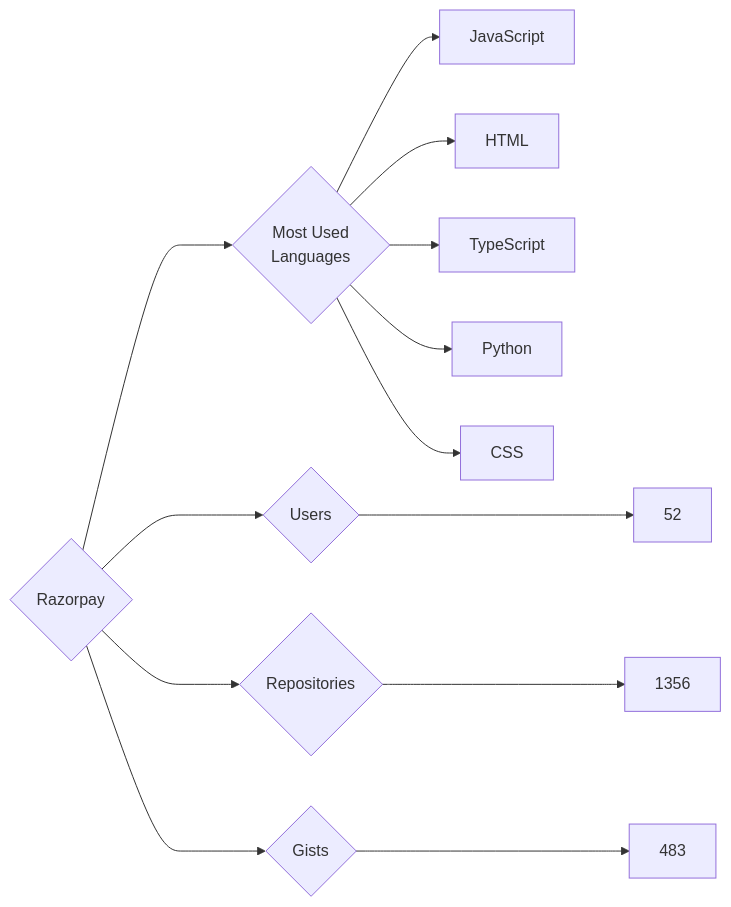
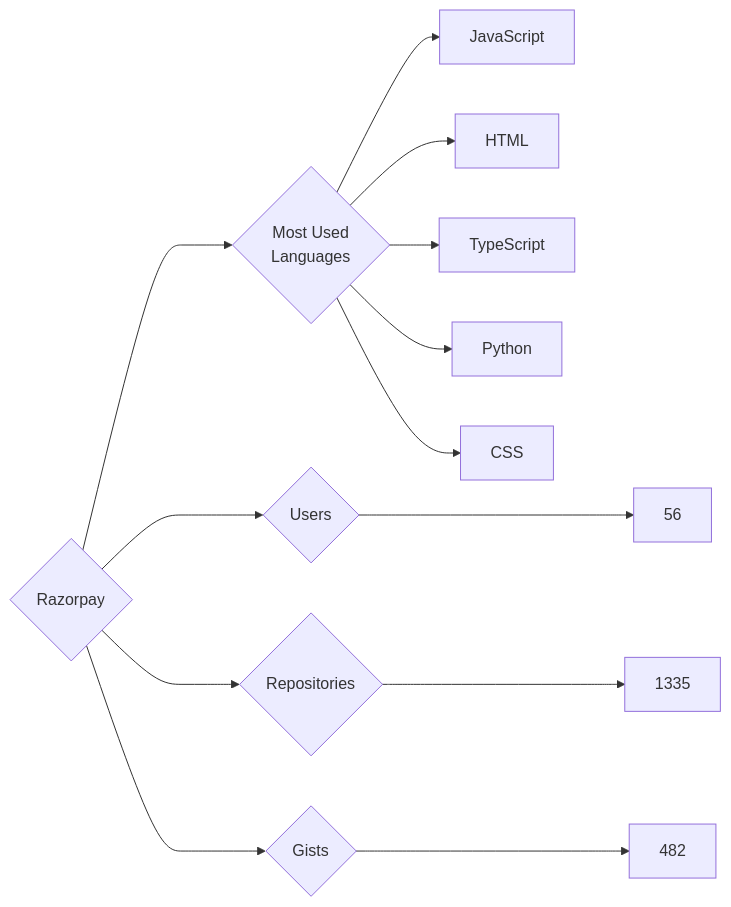
Before and after one commit to trickest/insiders: the diagram in targets/Razorpay/README.md, drawn with Mermaid. The commit also changed 1508 other files, not shown here.

````diff
--- a/targets/Razorpay/README.md
+++ b/targets/Razorpay/README.md
@@ -3,13 +3,13 @@
 ```mermaid
 graph LR
 COMPANY_NAME{Razorpay}
-COMPANY_NAME ---> U{Users} ---> UN[52]
-COMPANY_NAME ---> R{Repositories} ---> RN[1356]
-COMPANY_NAME ---> G{Gists} ---> GN[483]
+COMPANY_NAME ---> U{Users} ---> UN[56]
+COMPANY_NAME ---> R{Repositories} ---> RN[1335]
+COMPANY_NAME ---> G{Gists} ---> GN[482]
 COMPANY_NAME ---> ML{Most Used<br>Languages}
 ML --> JavaScript[JavaScript]
 ML --> HTML[HTML]
 ML --> TypeScript[TypeScript]
 ML --> Python[Python]
 ML --> CSS[CSS]
 ```
````
